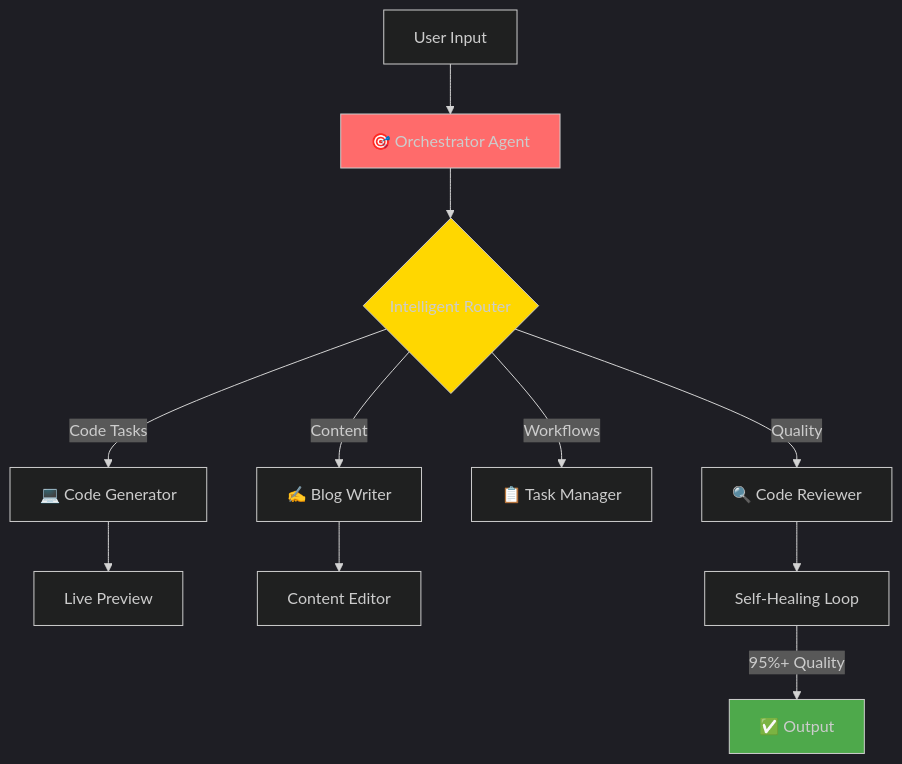
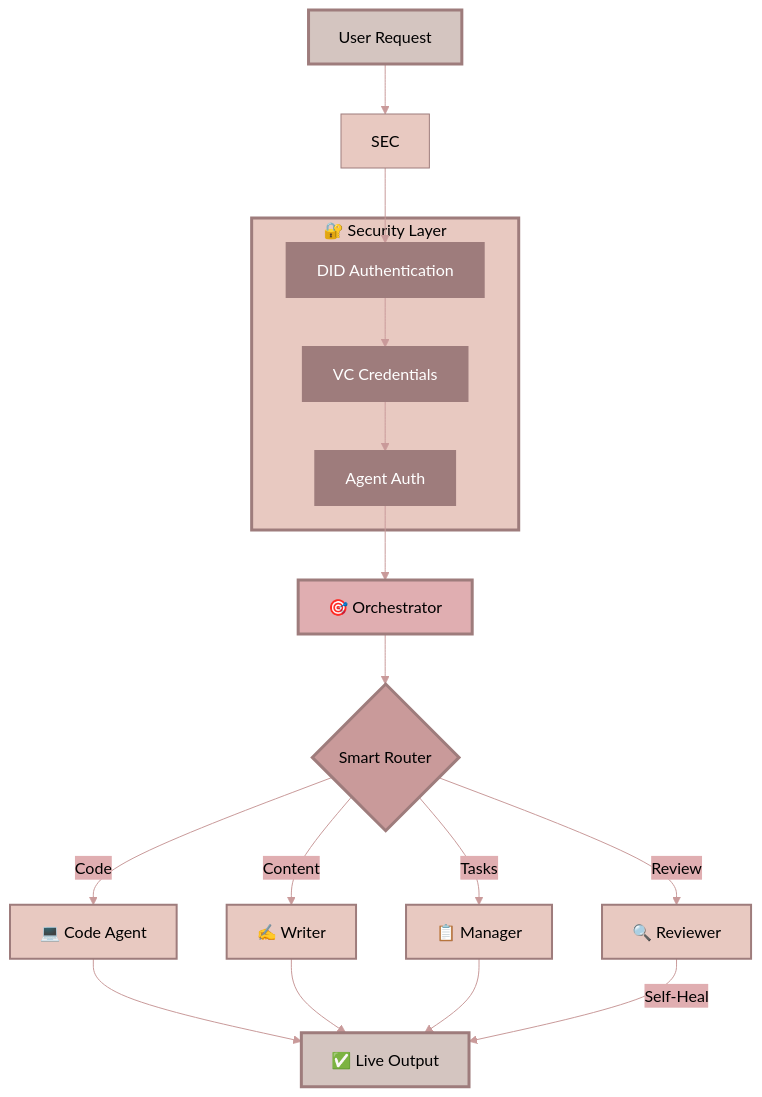
One commit to suyashagrahari/suyashagrahari changed the second of 2 diagrams in README.md. Above: the diagram before and after it, drawn with Mermaid. The commit also changed other lines of this file, not shown here.

Commit message:
added new text

````diff
--- a/README.md
+++ b/README.md
@@ -60,20 +207,45 @@
 ```mermaid
-%%{init: {'theme':'dark'}}%%
+%%{init: {'theme':'base', 'themeVariables': {'primaryColor':'#E8C9C1', 'primaryTextColor':'#000', 'primaryBorderColor':'#9E7C7C', 'lineColor':'#C99A9A', 'secondaryColor':'#E0AEB1', 'tertiaryColor':'#D4C5C0'}}}%%
 graph TB
-    A[User Input] --> B[🎯 Orchestrator Agent]
-    B --> C{Intelligent Router}
+    A[User Request] --> SEC
     
-    C -->|Code Tasks| D[💻 Code Generator]
-    C -->|Content| E[✍️ Blog Writer]
-    C -->|Workflows| F[📋 Task Manager]
-    C -->|Quality| G[🔍 Code Reviewer]
+    subgraph Security["🔐 Security Layer"]
+        S1[DID Authentication]
+        S2[VC Credentials]
+        S3[Agent Auth]
+    end
     
-    D --> H[Live Preview]
-    E --> I[Content Editor]
-    G --> J[Self-Healing Loop]
-    J -->|95%+ Quality| K[✅ Output]
+    SEC --> S1
+    S1 --> S2
+    S2 --> S3
+    S3 --> B[🎯 Orchestrator]
     
-    style B fill:#FF6B6B
-    style C fill:#FFD700
-    style K fill:#4EA94B
+    B --> C{Smart Router}
+    
+    C -->|Code| D[💻 Code Agent]
+    C -->|Content| E[✍️ Writer]
+    C -->|Tasks| F[📋 Manager]
+    C -->|Review| G[🔍 Reviewer]
+    
+    D --> H[✅ Live Output]
+    E --> H
+    F --> H
+    G -->|Self-Heal| H
+    
+    style A fill:#D4C5C0,stroke:#9E7C7C,stroke-width:3px,color:#000
+    
+    style Security fill:#E8C9C1,stroke:#9E7C7C,stroke-width:3px,color:#000
+    style S1 fill:#9E7C7C,stroke:#9E7C7C,stroke-width:2px,color:#fff
+    style S2 fill:#9E7C7C,stroke:#9E7C7C,stroke-width:2px,color:#fff
+    style S3 fill:#9E7C7C,stroke:#9E7C7C,stroke-width:2px,color:#fff
+    
+    style B fill:#E0AEB1,stroke:#9E7C7C,stroke-width:3px,color:#000
+    style C fill:#C99A9A,stroke:#9E7C7C,stroke-width:3px,color:#000
+    
+    style D fill:#E8C9C1,stroke:#9E7C7C,stroke-width:2px,color:#000
+    style E fill:#E8C9C1,stroke:#9E7C7C,stroke-width:2px,color:#000
+    style F fill:#E8C9C1,stroke:#9E7C7C,stroke-width:2px,color:#000
+    style G fill:#E8C9C1,stroke:#9E7C7C,stroke-width:2px,color:#000
+    
+    style H fill:#D4C5C0,stroke:#9E7C7C,stroke-width:3px,color:#000
 ```
````
